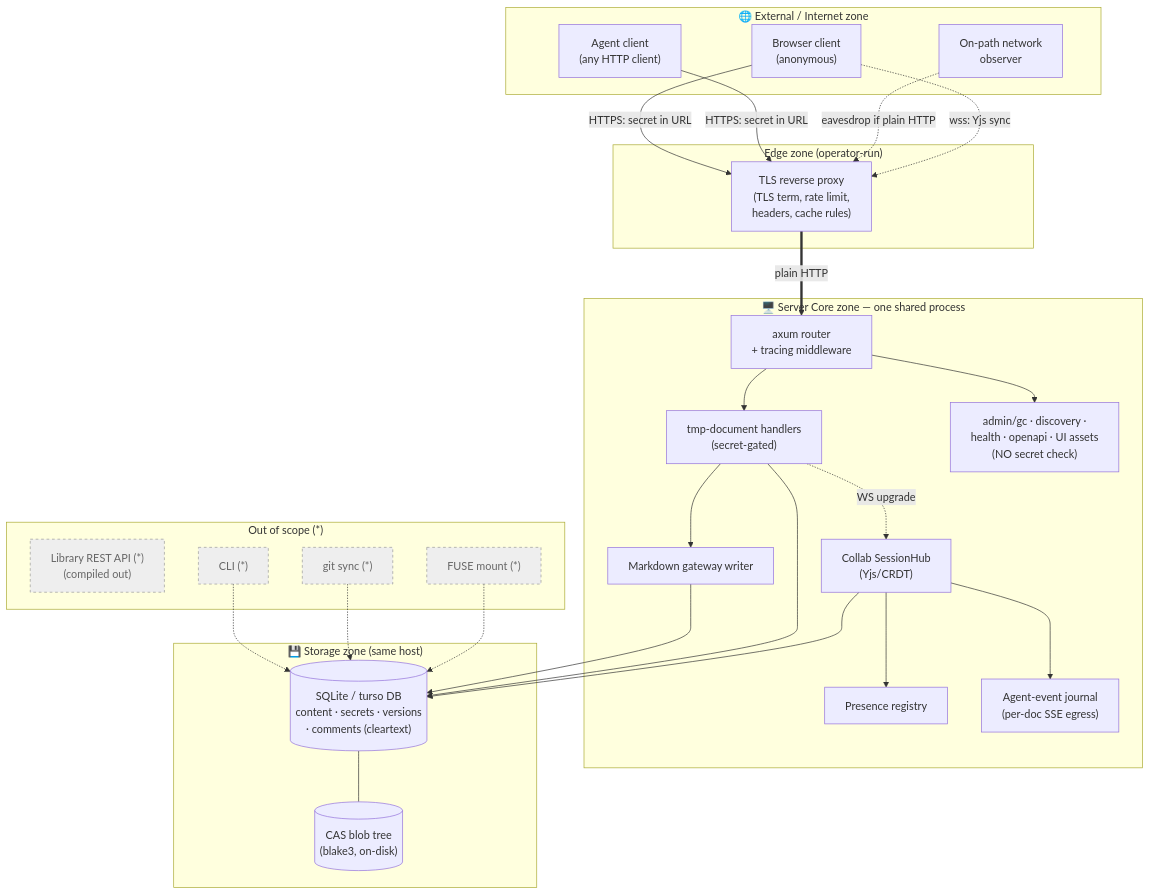
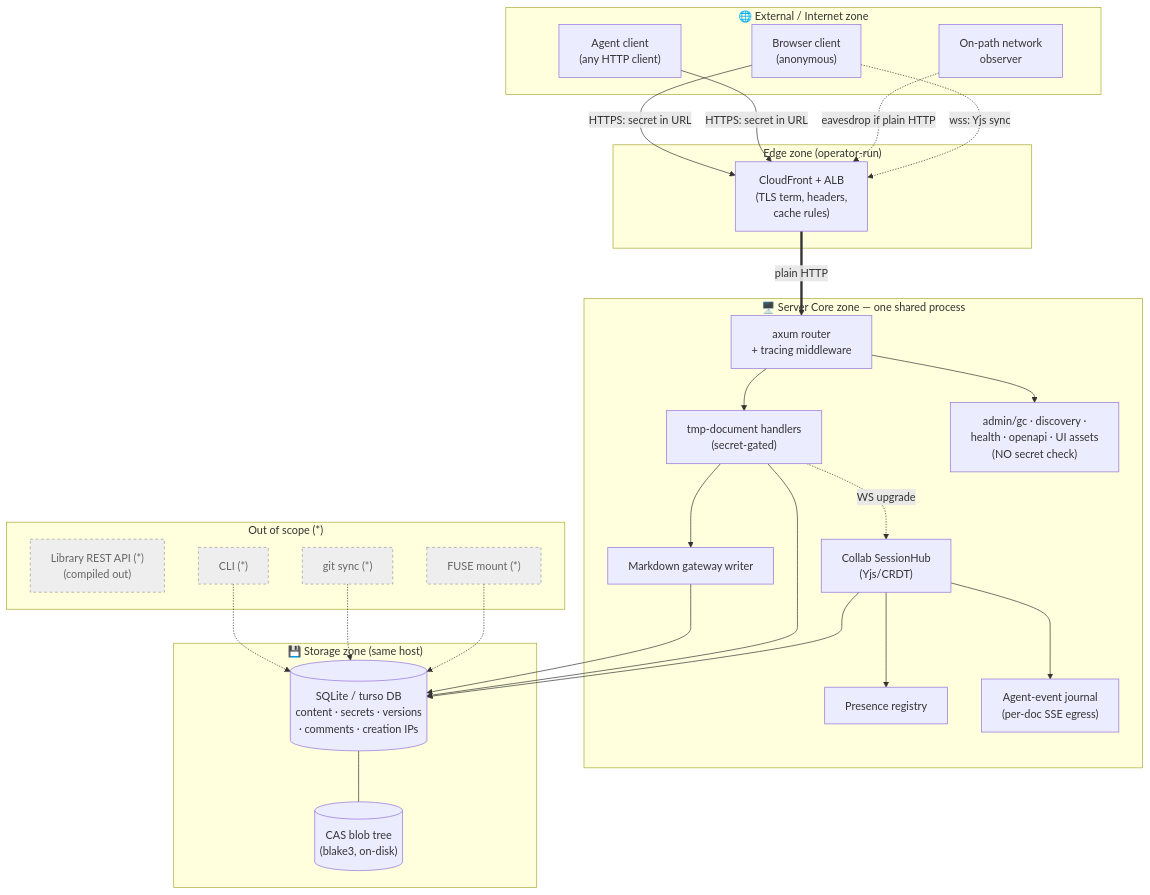
One commit to fabro-sh/quarry changed the diagram in docs/security/threat-model.md. Above: the diagram before and after it, drawn with Mermaid. The commit also changed other lines of this file and 12 other files, not shown here.

Commit message:
feat: record anonymous document creation IPs

````diff
--- a/docs/security/threat-model.md
+++ b/docs/security/threat-model.md
@@ -228,56 +239,56 @@
 ```mermaid
 flowchart TB
     subgraph EXT["🌐 External / Internet zone"]
         browser["Browser client<br/>(anonymous)"]
         agent["Agent client<br/>(any HTTP client)"]
         observer["On-path network<br/>observer"]
     end
 
     subgraph EDGE["Edge zone (operator-run)"]
-        proxy["TLS reverse proxy<br/>(TLS term, rate limit,<br/>headers, cache rules)"]
+        proxy["CloudFront + ALB<br/>(TLS term, headers,<br/>cache rules)"]
     end
 
     subgraph CORE["🖥️ Server Core zone — one shared process"]
         router["axum router<br/>+ tracing middleware"]
         tmp["tmp-document handlers<br/>(secret-gated)"]
         collab["Collab SessionHub<br/>(Yjs/CRDT)"]
         presence["Presence registry"]
         journal["Agent-event journal<br/>(per-doc SSE egress)"]
         writer["Markdown gateway writer"]
         adminui["admin/gc · discovery ·<br/>health · openapi · UI assets<br/>(NO secret check)"]
     end
 
     subgraph STORE["💾 Storage zone (same host)"]
-        db[("SQLite / turso DB<br/>content · secrets · versions<br/>· comments (cleartext)")]
+        db[("SQLite / turso DB<br/>content · secrets · versions<br/>· comments · creation IPs")]
         cas[("CAS blob tree<br/>(blake3, on-disk)")]
     end
 
     subgraph OOS["Out of scope (*)"]
         lib["Library REST API (*)<br/>(compiled out)"]
         git["git sync (*)"]
         fuse["FUSE mount (*)"]
         cli["CLI (*)"]
     end
 
     browser -->|"HTTPS: secret in URL"| proxy
     agent -->|"HTTPS: secret in URL"| proxy
     observer -.->|"eavesdrop if plain HTTP"| proxy
     proxy ==>|"plain HTTP"| router
     router --> tmp
     router --> adminui
     tmp --> writer
     tmp -.->|"WS upgrade"| collab
     browser -.->|"wss: Yjs sync"| proxy
     collab --> presence
     collab --> journal
     writer --> db
     tmp --> db
     collab --> db
     db --- cas
     cli -.-> db
     git -.-> db
     fuse -.-> db
 
     classDef oos fill:#eee,stroke:#999,stroke-dasharray:4 4,color:#666;
     class lib,git,fuse,cli oos;
 ```
````
